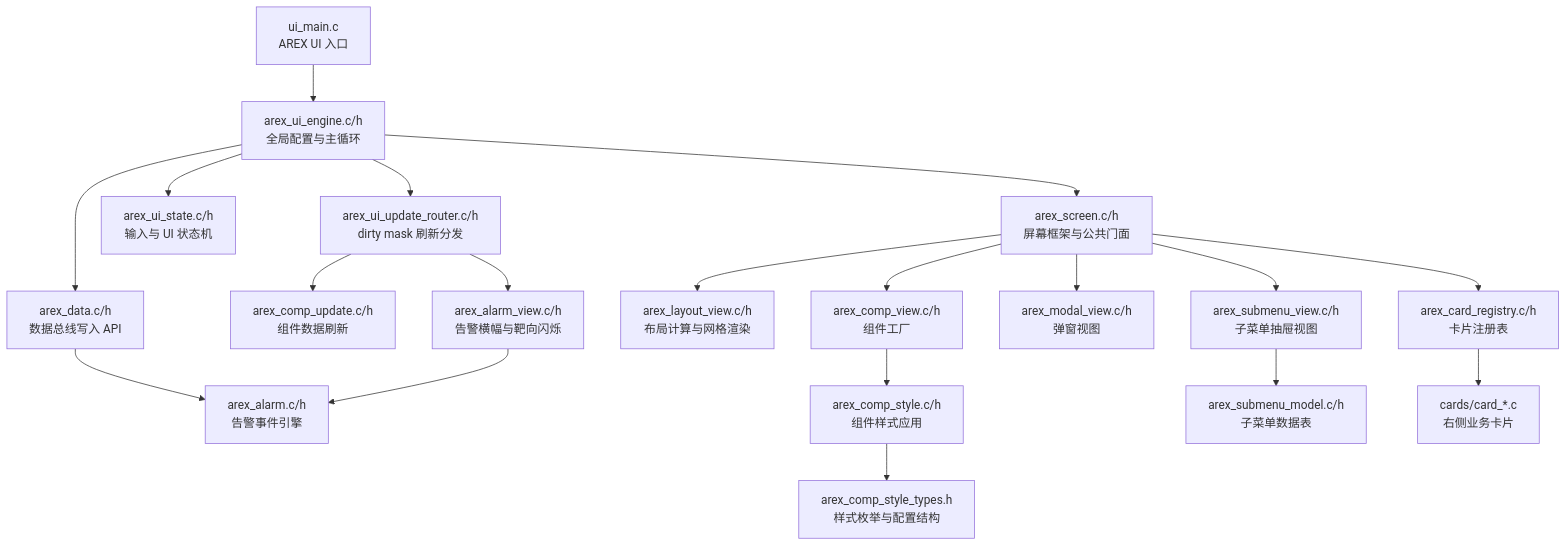
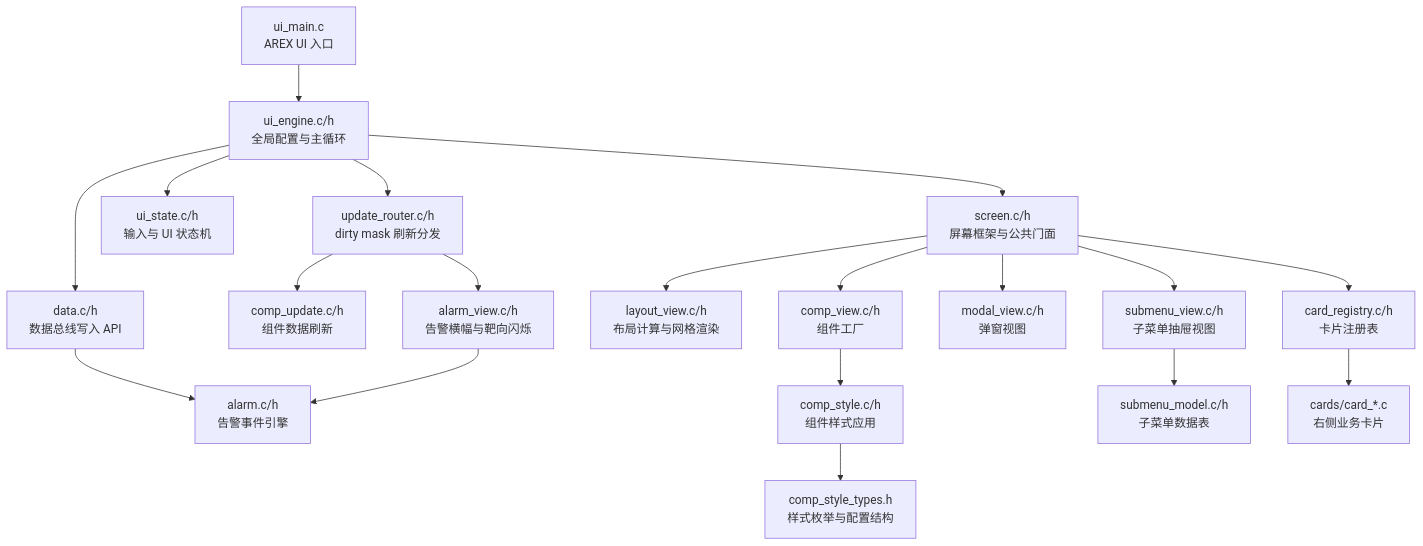
The first of 6 diagrams in UI_html_DOC/AREX_UI_MODULE_MAP.md (arexvision/lv_port_win_codeblocks-release-v8.3_hasGroup), drawn with Mermaid before and after one commit. The commit also changed other lines of this file and 62 other files, not shown here.

````diff
--- a/UI_html_DOC/AREX_UI_MODULE_MAP.md
+++ b/UI_html_DOC/AREX_UI_MODULE_MAP.md
@@ -21,24 +21,24 @@
 ```mermaid
 flowchart TD
-    UI["ui_main.c<br/>AREX UI 入口"] --> Engine["arex_ui_engine.c/h<br/>全局配置与主循环"]
-    Engine --> Data["arex_data.c/h<br/>数据总线写入 API"]
-    Engine --> State["arex_ui_state.c/h<br/>输入与 UI 状态机"]
-    Engine --> UpdateRouter["arex_ui_update_router.c/h<br/>dirty mask 刷新分发"]
-    Engine --> Screen["arex_screen.c/h<br/>屏幕框架与公共门面"]
+    UI["ui_main.c<br/>AREX UI 入口"] --> Engine["ui_engine.c/h<br/>全局配置与主循环"]
+    Engine --> Data["data.c/h<br/>数据总线写入 API"]
+    Engine --> State["ui_state.c/h<br/>输入与 UI 状态机"]
+    Engine --> UpdateRouter["update_router.c/h<br/>dirty mask 刷新分发"]
+    Engine --> Screen["screen.c/h<br/>屏幕框架与公共门面"]
 
-    Screen --> Layout["arex_layout_view.c/h<br/>布局计算与网格渲染"]
-    Screen --> WidgetView["arex_comp_view.c/h<br/>组件工厂"]
-    Screen --> Modal["arex_modal_view.c/h<br/>弹窗视图"]
-    Screen --> SubmenuView["arex_submenu_view.c/h<br/>子菜单抽屉视图"]
-    SubmenuView --> SubmenuModel["arex_submenu_model.c/h<br/>子菜单数据表"]
+    Screen --> Layout["layout_view.c/h<br/>布局计算与网格渲染"]
+    Screen --> WidgetView["comp_view.c/h<br/>组件工厂"]
+    Screen --> Modal["modal_view.c/h<br/>弹窗视图"]
+    Screen --> SubmenuView["submenu_view.c/h<br/>子菜单抽屉视图"]
+    SubmenuView --> SubmenuModel["submenu_model.c/h<br/>子菜单数据表"]
 
-    UpdateRouter --> WidgetUpdate["arex_comp_update.c/h<br/>组件数据刷新"]
-    UpdateRouter --> AlarmView["arex_alarm_view.c/h<br/>告警横幅与靶向闪烁"]
-    Data --> AlarmEngine["arex_alarm.c/h<br/>告警事件引擎"]
+    UpdateRouter --> WidgetUpdate["comp_update.c/h<br/>组件数据刷新"]
+    UpdateRouter --> AlarmView["alarm_view.c/h<br/>告警横幅与靶向闪烁"]
+    Data --> AlarmEngine["alarm.c/h<br/>告警事件引擎"]
     AlarmView --> AlarmEngine
 
-    Screen --> Registry["arex_card_registry.c/h<br/>卡片注册表"]
+    Screen --> Registry["card_registry.c/h<br/>卡片注册表"]
     Registry --> Cards["cards/card_*.c<br/>右侧业务卡片"]
-    WidgetView --> Style["arex_comp_style.c/h<br/>组件样式应用"]
-    Style --> StyleTypes["arex_comp_style_types.h<br/>样式枚举与配置结构"]
+    WidgetView --> Style["comp_style.c/h<br/>组件样式应用"]
+    Style --> StyleTypes["comp_style_types.h<br/>样式枚举与配置结构"]
 ```
````
